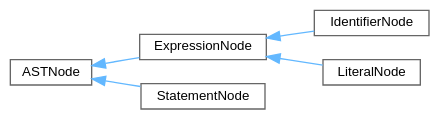
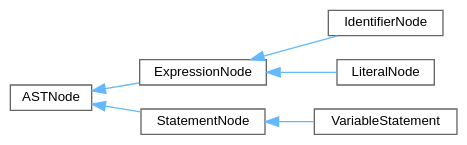
The diagram in pebbl/docs/inherit_graph_0.dot (kejunp/kejunp.github.io), drawn with Graphviz before and after one commit. The commit also changed 27 other files, not shown here.

```diff
--- a/pebbl/docs/inherit_graph_0.dot
+++ b/pebbl/docs/inherit_graph_0.dot
@@ -1,17 +1,19 @@
 digraph "Graphical Class Hierarchy"
 {
  // LATEX_PDF_SIZE
   bgcolor="transparent";
   edge [fontname=Helvetica,fontsize=10,labelfontname=Helvetica,labelfontsize=10];
   node [fontname=Helvetica,fontsize=10,shape=box,height=0.2,width=0.4];
   rankdir="LR";
   Node0 [id="Node000000",label="ASTNode",height=0.2,width=0.4,color="grey40", fillcolor="white", style="filled",URL="$structASTNode.html",tooltip="Base class of all AST nodes."];
   Node0 -> Node1 [id="edge1_Node000000_Node000001",dir="back",color="steelblue1",style="solid",tooltip=" "];
   Node1 [id="Node000001",label="ExpressionNode",height=0.2,width=0.4,color="grey40", fillcolor="white", style="filled",URL="$structExpressionNode.html",tooltip="Base class for all expressions."];
   Node1 -> Node2 [id="edge2_Node000001_Node000002",dir="back",color="steelblue1",style="solid",tooltip=" "];
   Node2 [id="Node000002",label="IdentifierNode",height=0.2,width=0.4,color="grey40", fillcolor="white", style="filled",URL="$structIdentifierNode.html",tooltip=" "];
   Node1 -> Node3 [id="edge3_Node000001_Node000003",dir="back",color="steelblue1",style="solid",tooltip=" "];
   Node3 [id="Node000003",label="LiteralNode",height=0.2,width=0.4,color="grey40", fillcolor="white", style="filled",URL="$structLiteralNode.html",tooltip="Base class for all literals."];
   Node0 -> Node4 [id="edge4_Node000000_Node000004",dir="back",color="steelblue1",style="solid",tooltip=" "];
   Node4 [id="Node000004",label="StatementNode",height=0.2,width=0.4,color="grey40", fillcolor="white", style="filled",URL="$structStatementNode.html",tooltip="Base class for all statements."];
+  Node4 -> Node5 [id="edge5_Node000004_Node000005",dir="back",color="steelblue1",style="solid",tooltip=" "];
+  Node5 [id="Node000005",label="VariableStatement",height=0.2,width=0.4,color="grey40", fillcolor="white", style="filled",URL="$structVariableStatement.html",tooltip=" "];
 }
```
